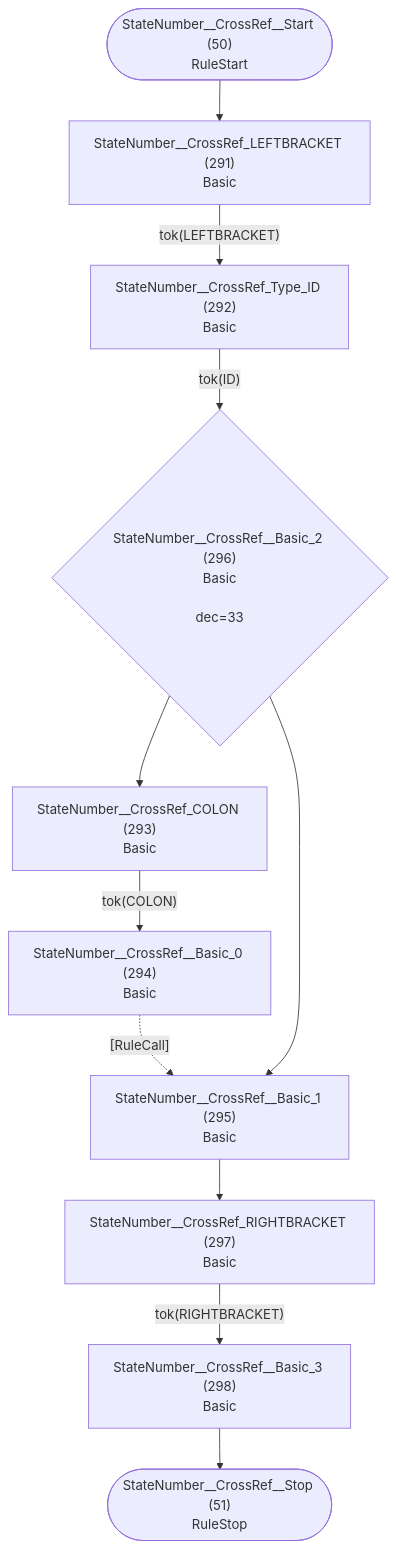
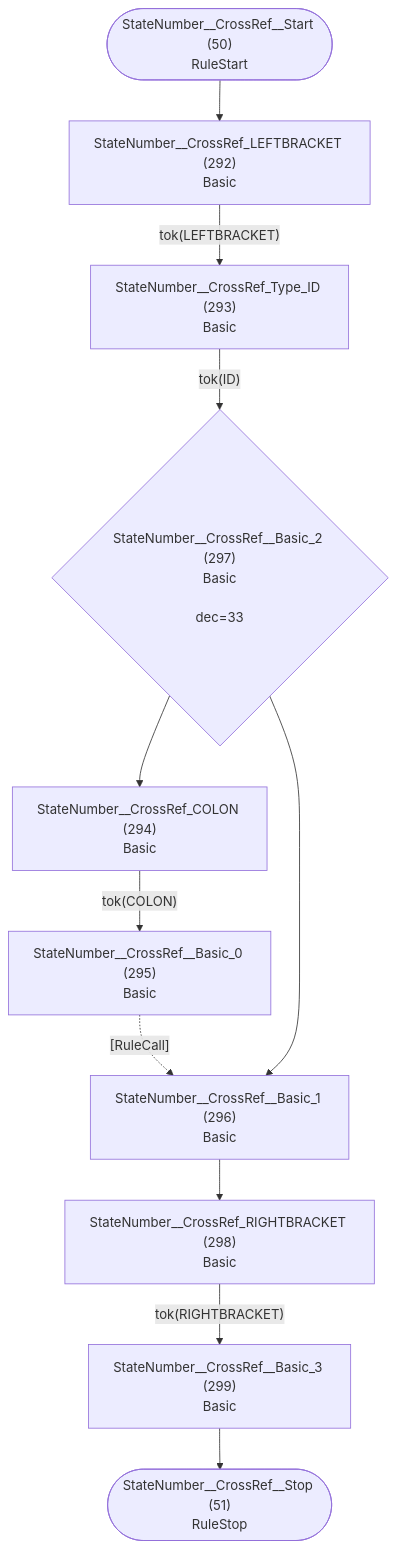
One commit to TypeFox/fastbelt changed diagram 26 of 32 in internal/grammar/atn.md. Above: the diagram before and after it, drawn with Mermaid. The commit also changed other lines of this file and 6 other files, not shown here.

````diff
--- a/internal/grammar/atn.md
+++ b/internal/grammar/atn.md
@@ -756,24 +758,24 @@
 ```mermaid
 flowchart TD
     q50(["StateNumber__CrossRef__Start (50)<br/>RuleStart"])
     q51(["StateNumber__CrossRef__Stop (51)<br/>RuleStop"])
-    q291["StateNumber__CrossRef_LEFTBRACKET (291)<br/>Basic<br/>"]
-    q292["StateNumber__CrossRef_Type_ID (292)<br/>Basic<br/>"]
-    q293["StateNumber__CrossRef_COLON (293)<br/>Basic<br/>"]
-    q294["StateNumber__CrossRef__Basic_0 (294)<br/>Basic<br/>"]
-    q295["StateNumber__CrossRef__Basic_1 (295)<br/>Basic<br/>"]
-    q296{"StateNumber__CrossRef__Basic_2 (296)<br/>Basic<br/><br/>dec=33"}
-    q297["StateNumber__CrossRef_RIGHTBRACKET (297)<br/>Basic<br/>"]
-    q298["StateNumber__CrossRef__Basic_3 (298)<br/>Basic<br/>"]
+    q292["StateNumber__CrossRef_LEFTBRACKET (292)<br/>Basic<br/>"]
+    q293["StateNumber__CrossRef_Type_ID (293)<br/>Basic<br/>"]
+    q294["StateNumber__CrossRef_COLON (294)<br/>Basic<br/>"]
+    q295["StateNumber__CrossRef__Basic_0 (295)<br/>Basic<br/>"]
+    q296["StateNumber__CrossRef__Basic_1 (296)<br/>Basic<br/>"]
+    q297{"StateNumber__CrossRef__Basic_2 (297)<br/>Basic<br/><br/>dec=33"}
+    q298["StateNumber__CrossRef_RIGHTBRACKET (298)<br/>Basic<br/>"]
+    q299["StateNumber__CrossRef__Basic_3 (299)<br/>Basic<br/>"]
 
-    q50 --> q291
-    q291 -->|"tok(LEFTBRACKET)"| q292
-    q292 -->|"tok(ID)"| q296
-    q293 -->|"tok(COLON)"| q294
-    q294 -.->|"[RuleCall]"| q295
-    q295 --> q297
-    q296 --> q293
-    q296 --> q295
-    q297 -->|"tok(RIGHTBRACKET)"| q298
-    q298 --> q51
+    q50 --> q292
+    q292 -->|"tok(LEFTBRACKET)"| q293
+    q293 -->|"tok(ID)"| q297
+    q294 -->|"tok(COLON)"| q295
+    q295 -.->|"[RuleCall]"| q296
+    q296 --> q298
+    q297 --> q294
+    q297 --> q296
+    q298 -->|"tok(RIGHTBRACKET)"| q299
+    q299 --> q51
 ```
````
